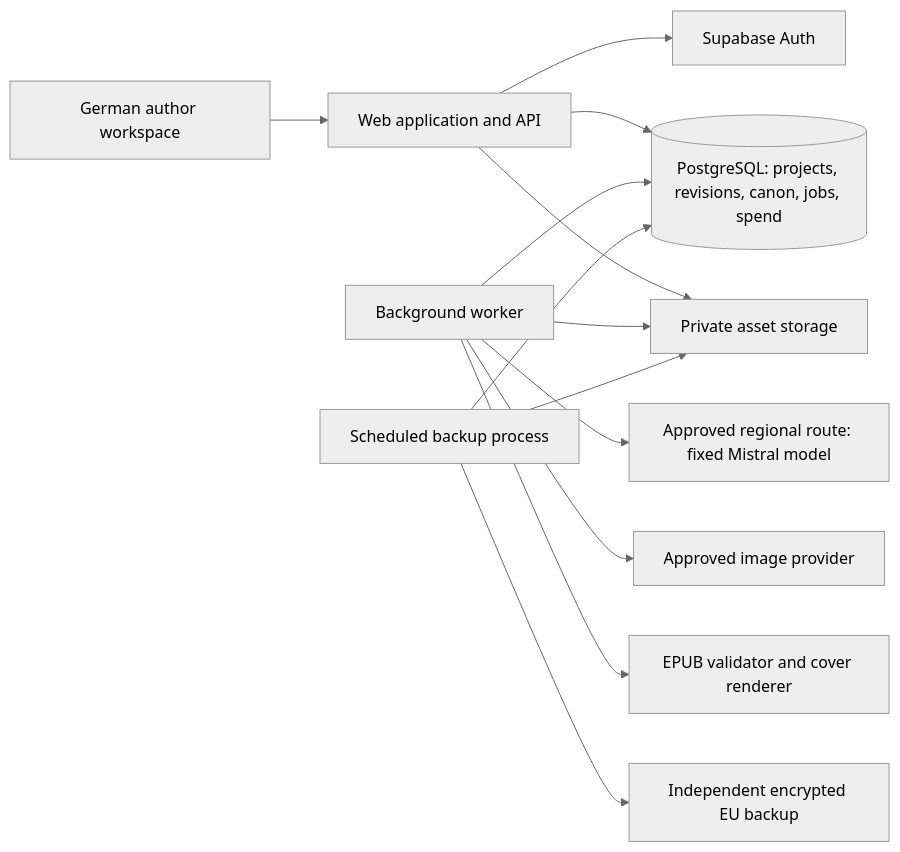
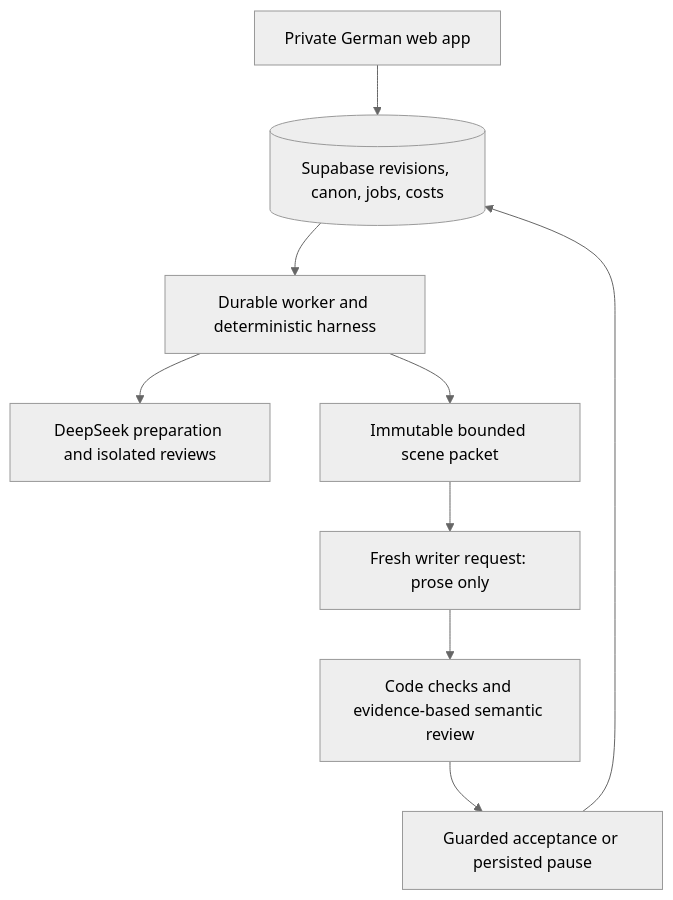
The diagram in docs/architecture.md (playa77/ebook-publishing-platform), drawn with Mermaid (neutral theme) before and after one commit. The commit also changed other lines of this file and 7 other files, not shown here.

Commit message:
docs: design two-model writing workflow and efficiency harness

````diff
--- a/docs/architecture.md
+++ b/docs/architecture.md
@@ -170,15 +58,11 @@
 ```mermaid
-flowchart LR
-    A[German author workspace] --> W[Web application and API]
-    W --> H[Supabase Auth]
-    W --> D[(PostgreSQL: projects, revisions, canon, jobs, spend)]
-    W --> S[Private asset storage]
-    K[Background worker] --> D
-    K --> S
-    K --> T[Approved regional route: fixed Mistral model]
-    K --> I[Approved image provider]
-    K --> V[EPUB validator and cover renderer]
-    B[Scheduled backup process] --> D
-    B --> S
-    B --> R[Independent encrypted EU backup]
+flowchart TD
+    UI[Private German web app] --> DB[(Supabase revisions, canon, jobs, costs)]
+    DB --> W[Durable worker and deterministic harness]
+    W --> O[DeepSeek preparation and isolated reviews]
+    W --> P[Immutable bounded scene packet]
+    P --> R[Fresh writer request: prose only]
+    R --> V[Code checks and evidence-based semantic review]
+    V --> G[Guarded acceptance or persisted pause]
+    G --> DB
 ```
````
